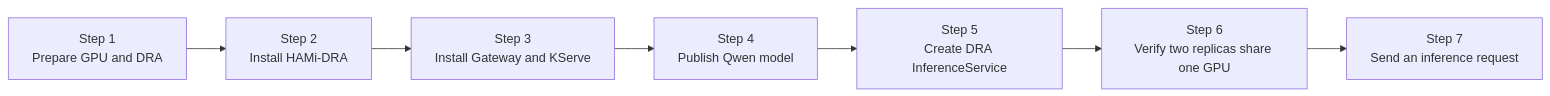
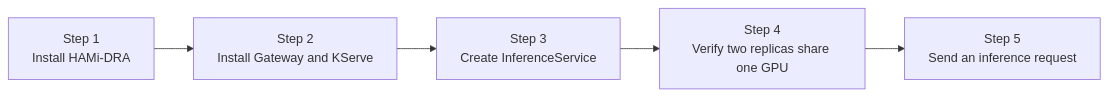
One commit to Project-HAMi/website changed the diagram in tutorials/labs/kserve-hami-dra.md. Above: the diagram before and after it, drawn with Mermaid. The commit also changed other lines of this file and 3 other files, not shown here.

Commit message:
docs: simplify KServe and HAMi DRA lab

````diff
--- a/tutorials/labs/kserve-hami-dra.md
+++ b/tutorials/labs/kserve-hami-dra.md
@@ -41,10 +41,8 @@
 ```mermaid
 %% title: KServe and HAMi DRA Lab Flow
 flowchart LR
-    Step1["Step 1<br/>Prepare GPU and DRA"] --> Step2["Step 2<br/>Install HAMi-DRA"]
-    Step2 --> Step3["Step 3<br/>Install Gateway and KServe"]
-    Step3 --> Step4["Step 4<br/>Publish Qwen model"]
-    Step4 --> Step5["Step 5<br/>Create DRA InferenceService"]
-    Step5 --> Step6["Step 6<br/>Verify two replicas share one GPU"]
-    Step6 --> Step7["Step 7<br/>Send an inference request"]
+    Step1["Step 1<br/>Install HAMi-DRA"] --> Step2["Step 2<br/>Install Gateway and KServe"]
+    Step2 --> Step3["Step 3<br/>Create InferenceService"]
+    Step3 --> Step4["Step 4<br/>Verify two replicas share one GPU"]
+    Step4 --> Step5["Step 5<br/>Send an inference request"]
 ```
````
